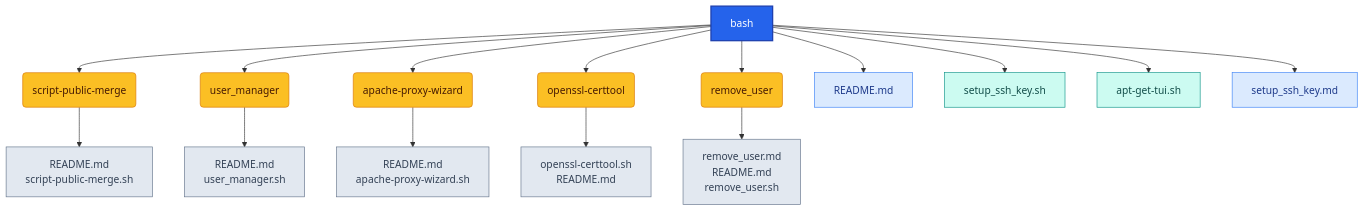
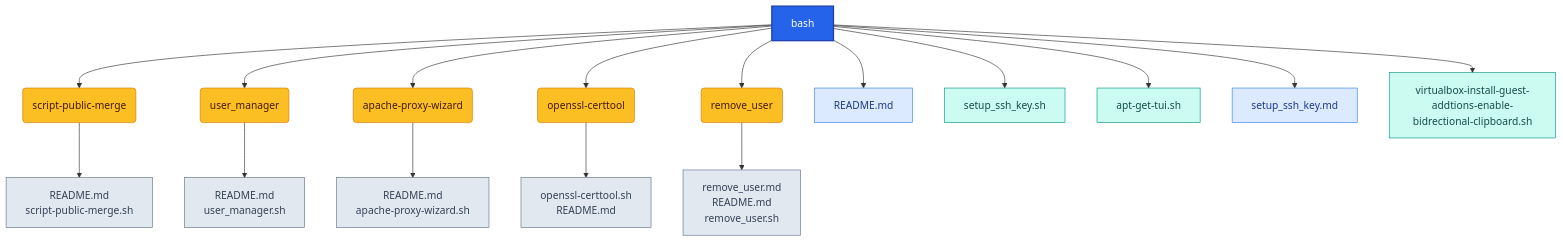
Before and after one commit to Richie086/scripts-public: the diagram in bash/README.md, drawn with Mermaid. The commit also changed 34 other files, not shown here.

````diff
--- a/bash/README.md
+++ b/bash/README.md
@@ -17,22 +17,23 @@
 ```mermaid
 graph TD
 	root["bash"]:::root --> n1("script-public-merge"):::folder
 	root["bash"]:::root --> n2("user_manager"):::folder
 	root["bash"]:::root --> n3("apache-proxy-wizard"):::folder
 	root["bash"]:::root --> n4("openssl-certtool"):::folder
 	root["bash"]:::root --> n5("remove_user"):::folder
 	root["bash"]:::root --> n6["README.md"]:::file-md
 	root["bash"]:::root --> n7["setup_ssh_key.sh"]:::file-sh
 	root["bash"]:::root --> n8["apt-get-tui.sh"]:::file-sh
 	root["bash"]:::root --> n9["setup_ssh_key.md"]:::file-md
+	root["bash"]:::root --> n10["virtualbox-install-guest-addtions-enable-bidrectional-clipboard.sh"]:::file-sh
 	n1 --> n1_2["README.md<br>script-public-merge.sh"]:::file-bundle
 	n2 --> n2_2["README.md<br>user_manager.sh"]:::file-bundle
 	n3 --> n3_2["README.md<br>apache-proxy-wizard.sh"]:::file-bundle
 	n4 --> n4_2["openssl-certtool.sh<br>README.md"]:::file-bundle
 	n5 --> n5_3["remove_user.md<br>README.md<br>remove_user.sh"]:::file-bundle
 classDef root fill:#2563eb,stroke:#1e40af,stroke-width:2px,color:#ffffff;
 classDef folder fill:#fbbf24,stroke:#d97706,stroke-width:1px,color:#451a03;
 classDef file-bundle fill:#e2e8f0,stroke:#64748b,stroke-width:1px,color:#334155;
 classDef file-md fill:#dbeafe,stroke:#3b82f6,stroke-width:1px,color:#1e3a8a;
 classDef file-sh fill:#ccfbf1,stroke:#0d9488,stroke-width:1px,color:#134e4a;
 ```
````
